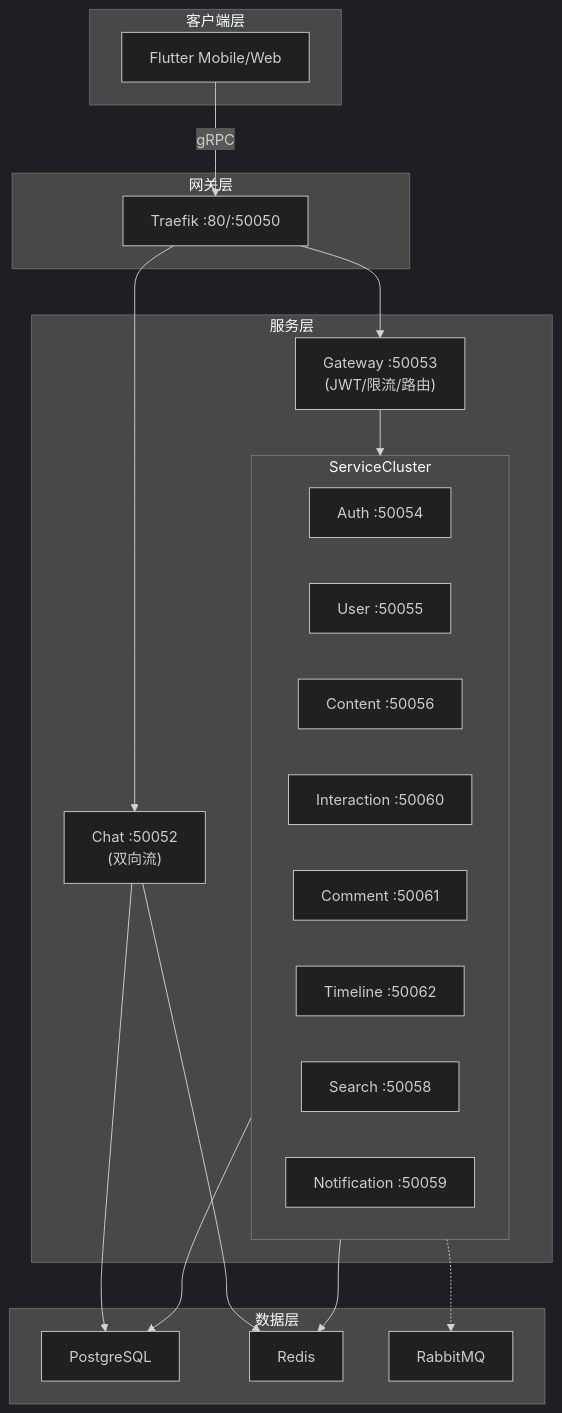
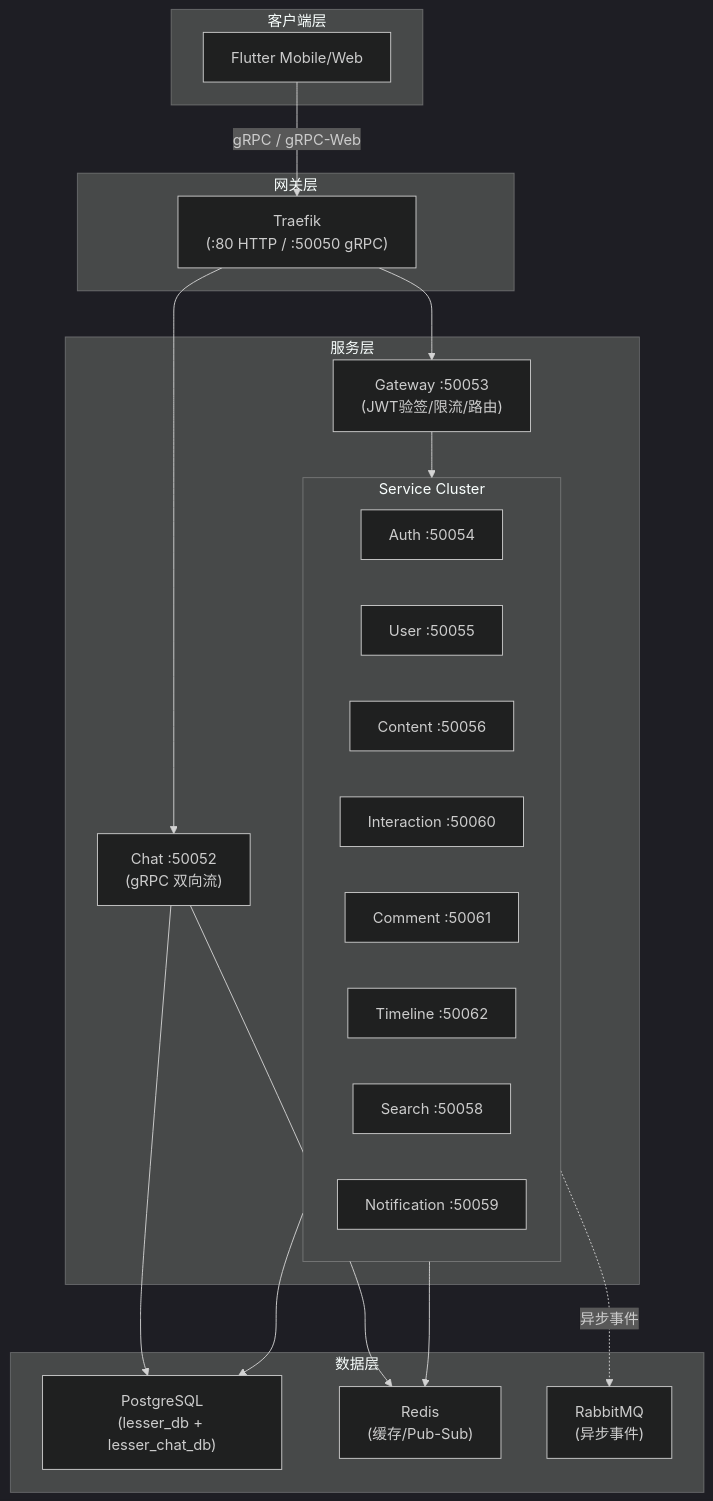
One commit to funcdfs/lesser changed the first of 2 diagrams in .kiro/steering/structure.md. Above: the diagram before and after it, drawn with Mermaid (dark theme). The commit also changed other lines of this file and 177 other files, not shown here.

````diff
--- a/.kiro/steering/structure.md
+++ b/.kiro/steering/structure.md
@@ -9,43 +9,43 @@
 ```mermaid
 graph TB
-    subgraph 客户端层
+    subgraph 客户端层["客户端层"]
         Flutter["Flutter Mobile/Web"]
     end
 
-    subgraph 网关层
-        Traefik["Traefik :80/:50050"]
+    subgraph 网关层["网关层"]
+        Traefik["Traefik<br/>(:80 HTTP / :50050 gRPC)"]
     end
 
-    subgraph 服务层
-        Gateway["Gateway :50053<br/>(JWT/限流/路由)"]
+    subgraph 服务层["服务层"]
+        Gateway["Gateway :50053<br/>(JWT验签/限流/路由)"]
         
-        subgraph ServiceCluster
+        subgraph ServiceCluster["Service Cluster"]
             Auth["Auth :50054"]
             User["User :50055"]
             Content["Content :50056"]
             Interaction["Interaction :50060"]
             Comment["Comment :50061"]
             Timeline["Timeline :50062"]
             Search["Search :50058"]
             Notification["Notification :50059"]
         end
         
-        Chat["Chat :50052<br/>(双向流)"]
+        Chat["Chat :50052<br/>(gRPC 双向流)"]
     end
 
-    subgraph 数据层
-        Postgres["PostgreSQL"]
-        Redis["Redis"]
-        RabbitMQ["RabbitMQ"]
+    subgraph 数据层["数据层"]
+        Postgres["PostgreSQL<br/>(lesser_db + lesser_chat_db)"]
+        Redis["Redis<br/>(缓存/Pub-Sub)"]
+        RabbitMQ["RabbitMQ<br/>(异步事件)"]
     end
 
-    Flutter -->|gRPC| Traefik
+    Flutter -->|gRPC / gRPC-Web| Traefik
     Traefik --> Gateway
     Traefik --> Chat
     Gateway --> ServiceCluster
     ServiceCluster --> Postgres
     ServiceCluster --> Redis
-    ServiceCluster -.-> RabbitMQ
+    ServiceCluster -.->|异步事件| RabbitMQ
     Chat --> Postgres
     Chat --> Redis
 ```
````
